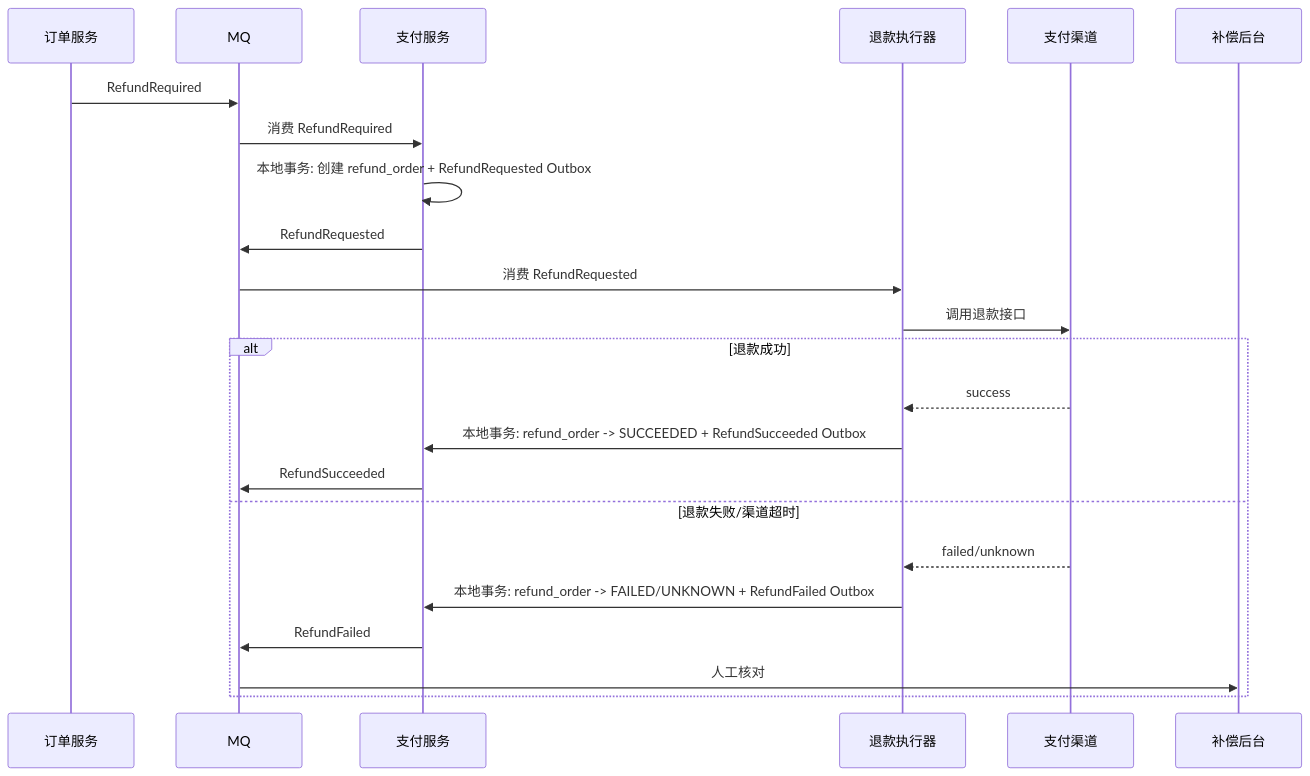
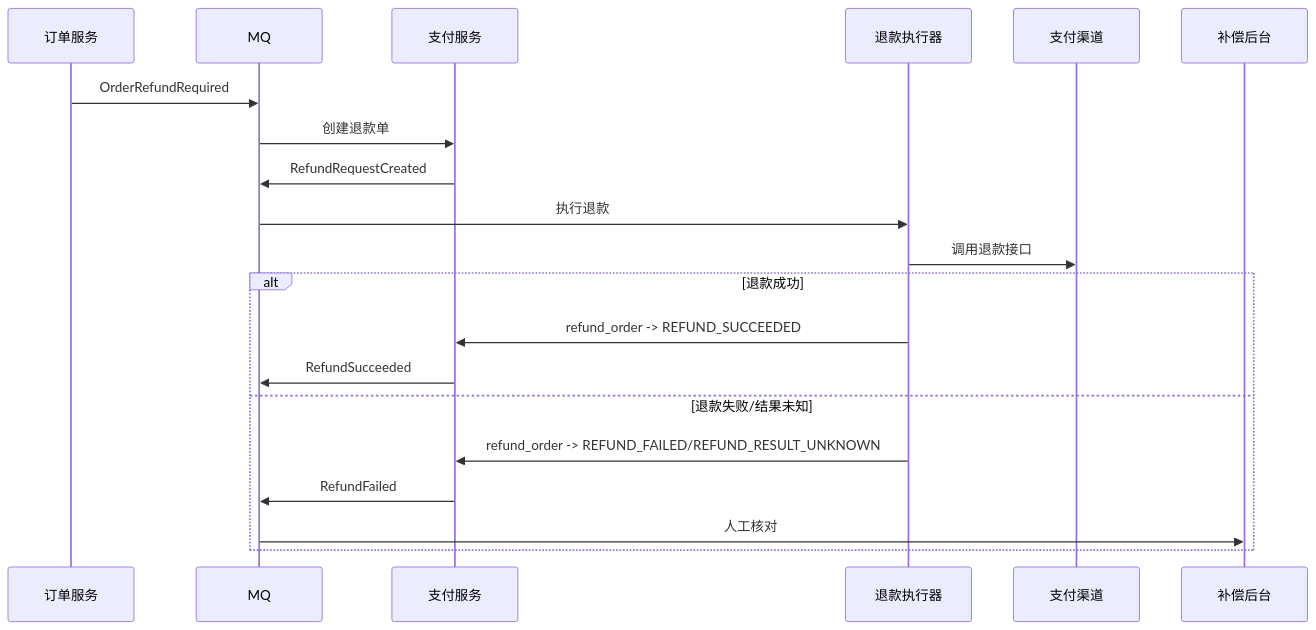
One commit to yinshihaogithub/framework-boot-starter changed the third of 3 diagrams in docs/ORDER_FINAL_CONSISTENCY_DESIGN.md. Above: the diagram before and after it, drawn with Mermaid. The commit also changed other lines of this file, not shown here.

````diff
--- a/docs/ORDER_FINAL_CONSISTENCY_DESIGN.md
+++ b/docs/ORDER_FINAL_CONSISTENCY_DESIGN.md
@@ -927,26 +347,23 @@
 ```mermaid
 sequenceDiagram
   participant Order as 订单服务
   participant MQ as MQ
   participant Pay as 支付服务
   participant Worker as 退款执行器
   participant Channel as 支付渠道
   participant Admin as 补偿后台
 
-  Order->>MQ: RefundRequired
-  MQ->>Pay: 消费 RefundRequired
-  Pay->>Pay: 本地事务: 创建 refund_order + RefundRequested Outbox
-  Pay->>MQ: RefundRequested
-  MQ->>Worker: 消费 RefundRequested
+  Order->>MQ: OrderRefundRequired
+  MQ->>Pay: 创建退款单
+  Pay->>MQ: RefundRequestCreated
+  MQ->>Worker: 执行退款
   Worker->>Channel: 调用退款接口
   alt 退款成功
-    Channel-->>Worker: success
-    Worker->>Pay: 本地事务: refund_order -> SUCCEEDED + RefundSucceeded Outbox
+    Worker->>Pay: refund_order -> REFUND_SUCCEEDED
     Pay->>MQ: RefundSucceeded
-  else 退款失败/渠道超时
-    Channel-->>Worker: failed/unknown
-    Worker->>Pay: 本地事务: refund_order -> FAILED/UNKNOWN + RefundFailed Outbox
+  else 退款失败/结果未知
+    Worker->>Pay: refund_order -> REFUND_FAILED/REFUND_RESULT_UNKNOWN
     Pay->>MQ: RefundFailed
     MQ->>Admin: 人工核对
   end
 ```
````
